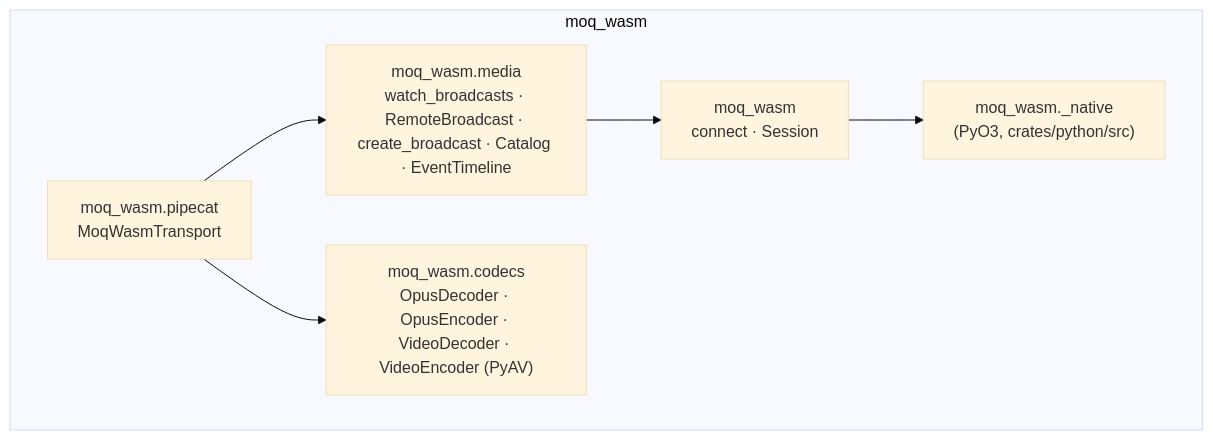
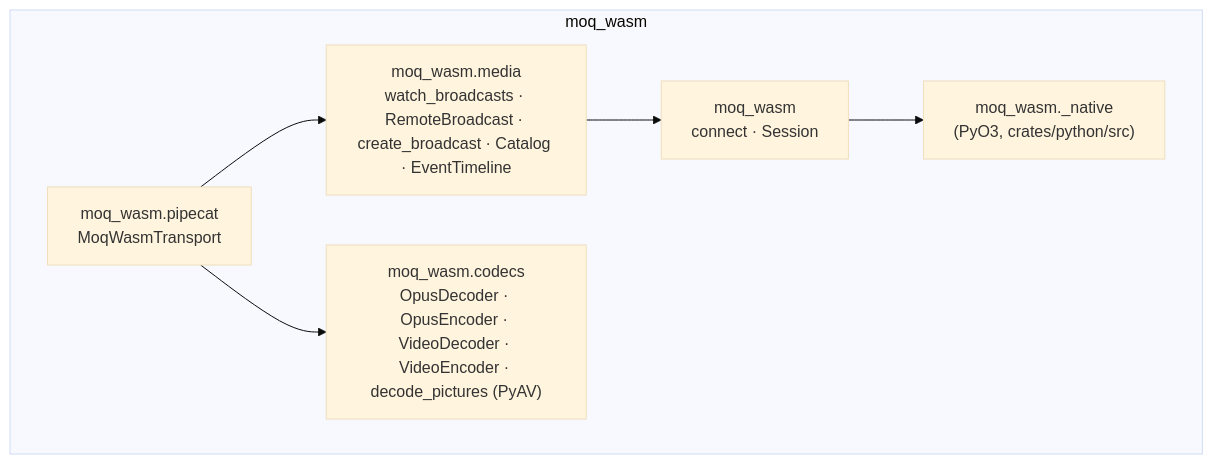
The diagram in docs/architecture/python/sdk.md (nttcom/moq-wasm), drawn with Mermaid (base theme) before and after one commit. The commit also changed other lines of this file and 5 other files, not shown here.

First line of the commit message:
feat(python): 映像トラックを Location 付きの絵に復号する decode_pictures を足す (#1616)

````diff
--- a/docs/architecture/python/sdk.md
+++ b/docs/architecture/python/sdk.md
@@ -90,12 +90,12 @@
 ```mermaid
 flowchart TB
     subgraph moq_wasm
         pipecat["moq_wasm.pipecat<br/>MoqWasmTransport"]
-        codecs["moq_wasm.codecs<br/>OpusDecoder · OpusEncoder · VideoDecoder · VideoEncoder (PyAV)"]
+        codecs["moq_wasm.codecs<br/>OpusDecoder · OpusEncoder · VideoDecoder · VideoEncoder · decode_pictures (PyAV)"]
         media["moq_wasm.media<br/>watch_broadcasts · RemoteBroadcast · create_broadcast · Catalog · EventTimeline"]
         core["moq_wasm<br/>connect · Session"]
         native["moq_wasm._native<br/>(PyO3, crates/python/src)"]
     end
     pipecat --> media --> core --> native
     pipecat --> codecs
 ```
````
